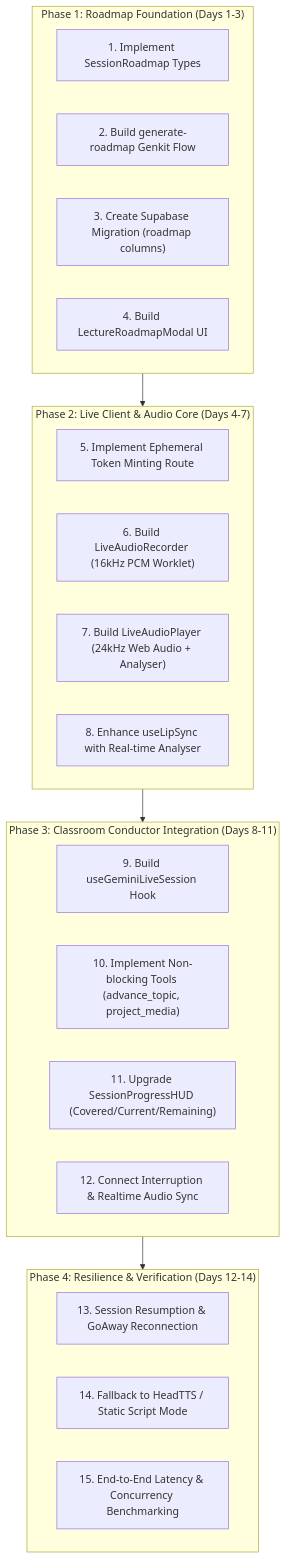
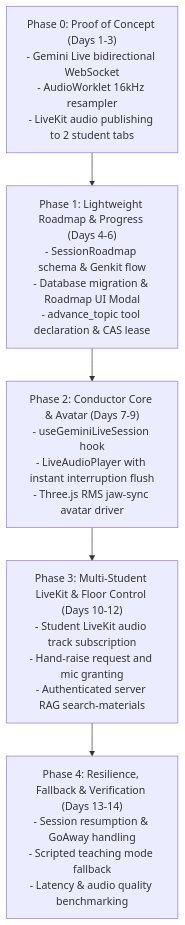
The fourth of 4 diagrams in docs/architecture/gemini-live-integration-plan.md (shreyas0b0acharya/IntelliClass-AI-Gemini-Live), drawn with Mermaid before and after one commit. The commit also changed other lines of this file and 1 other file, not shown here.

Commit message:
docs: revise Gemini Live architecture plan with LiveKit SFU media transport and verified protocols

````diff
--- a/docs/architecture/gemini-live-integration-plan.md
+++ b/docs/architecture/gemini-live-integration-plan.md
@@ -787,33 +871,29 @@
 ```mermaid
 flowchart TD
-    subgraph Phase1 ["Phase 1: Roadmap Foundation (Days 1-3)"]
-        P1_1["1. Implement SessionRoadmap Types"]
-        P1_2["2. Build generate-roadmap Genkit Flow"]
-        P1_3["3. Create Supabase Migration (roadmap columns)"]
-        P1_4["4. Build LectureRoadmapModal UI"]
-    end
+    P0["Phase 0: Proof of Concept (Days 1-3)
+- Gemini Live bidirectional WebSocket
+- AudioWorklet 16kHz resampler
+- LiveKit audio publishing to 2 student tabs"]
+    
+    P1["Phase 1: Lightweight Roadmap & Progress (Days 4-6)
+- SessionRoadmap schema & Genkit flow
+- Database migration & Roadmap UI Modal
+- advance_topic tool declaration & CAS lease"]
 
-    subgraph Phase2 ["Phase 2: Live Client & Audio Core (Days 4-7)"]
-        P2_1["5. Implement Ephemeral Token Minting Route"]
-        P2_2["6. Build LiveAudioRecorder (16kHz PCM Worklet)"]
-        P2_3["7. Build LiveAudioPlayer (24kHz Web Audio + Analyser)"]
-        P2_4["8. Enhance useLipSync with Real-time Analyser"]
-    end
+    P2["Phase 2: Conductor Core & Avatar (Days 7-9)
+- useGeminiLiveSession hook
+- LiveAudioPlayer with instant interruption flush
+- Three.js RMS jaw-sync avatar driver"]
 
-    subgraph Phase3 ["Phase 3: Classroom Conductor Integration (Days 8-11)"]
-        P3_1["9. Build useGeminiLiveSession Hook"]
-        P3_2["10. Implement Non-blocking Tools (advance_topic, project_media)"]
-        P3_3["11. Upgrade SessionProgressHUD (Covered/Current/Remaining)"]
-        P3_4["12. Connect Interruption & Realtime Audio Sync"]
-    end
+    P3["Phase 3: Multi-Student LiveKit & Floor Control (Days 10-12)
+- Student LiveKit audio track subscription
+- Hand-raise request and mic granting
+- Authenticated server RAG search-materials"]
 
-    subgraph Phase4 ["Phase 4: Resilience & Verification (Days 12-14)"]
-        P4_1["13. Session Resumption & GoAway Reconnection"]
-        P4_2["14. Fallback to HeadTTS / Static Script Mode"]
-        P4_3["15. End-to-End Latency & Concurrency Benchmarking"]
-    end
+    P4["Phase 4: Resilience, Fallback & Verification (Days 13-14)
+- Session resumption & GoAway handling
+- Scripted teaching mode fallback
+- Latency & audio quality benchmarking"]
 
-    Phase1 --> Phase2
-    Phase2 --> Phase3
-    Phase3 --> Phase4
+    P0 --> P1 --> P2 --> P3 --> P4
 ```
````
